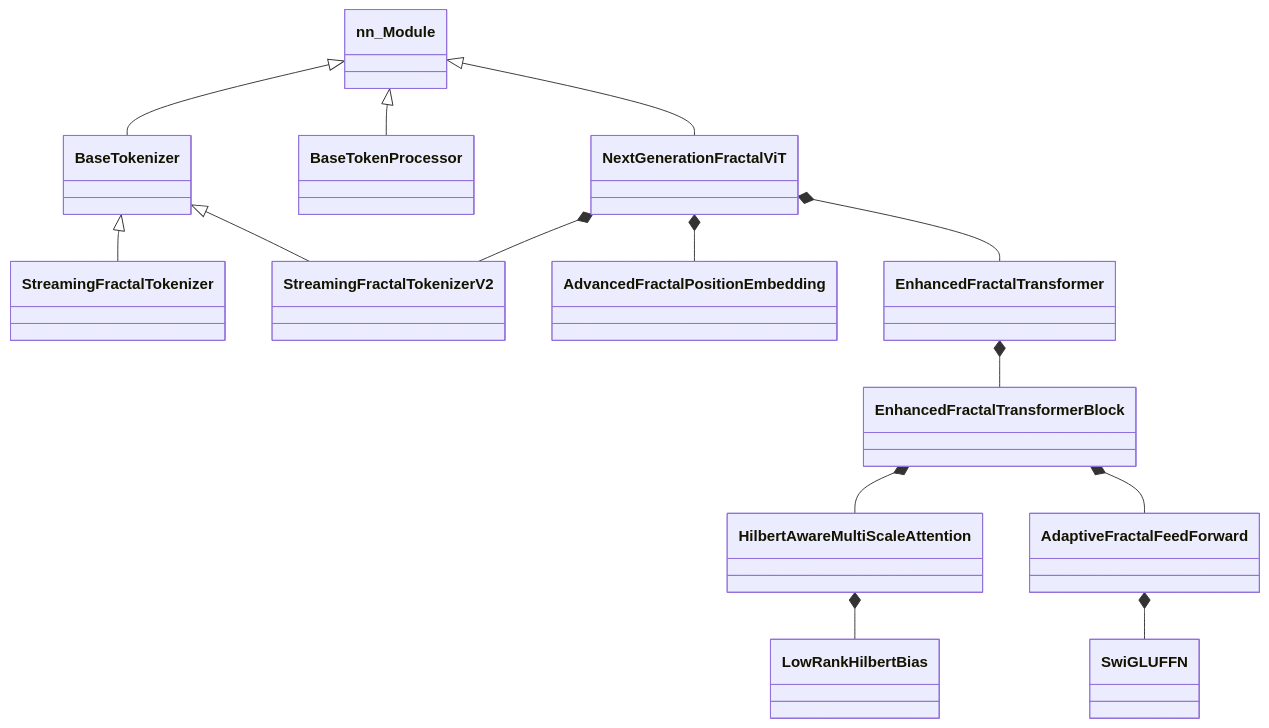
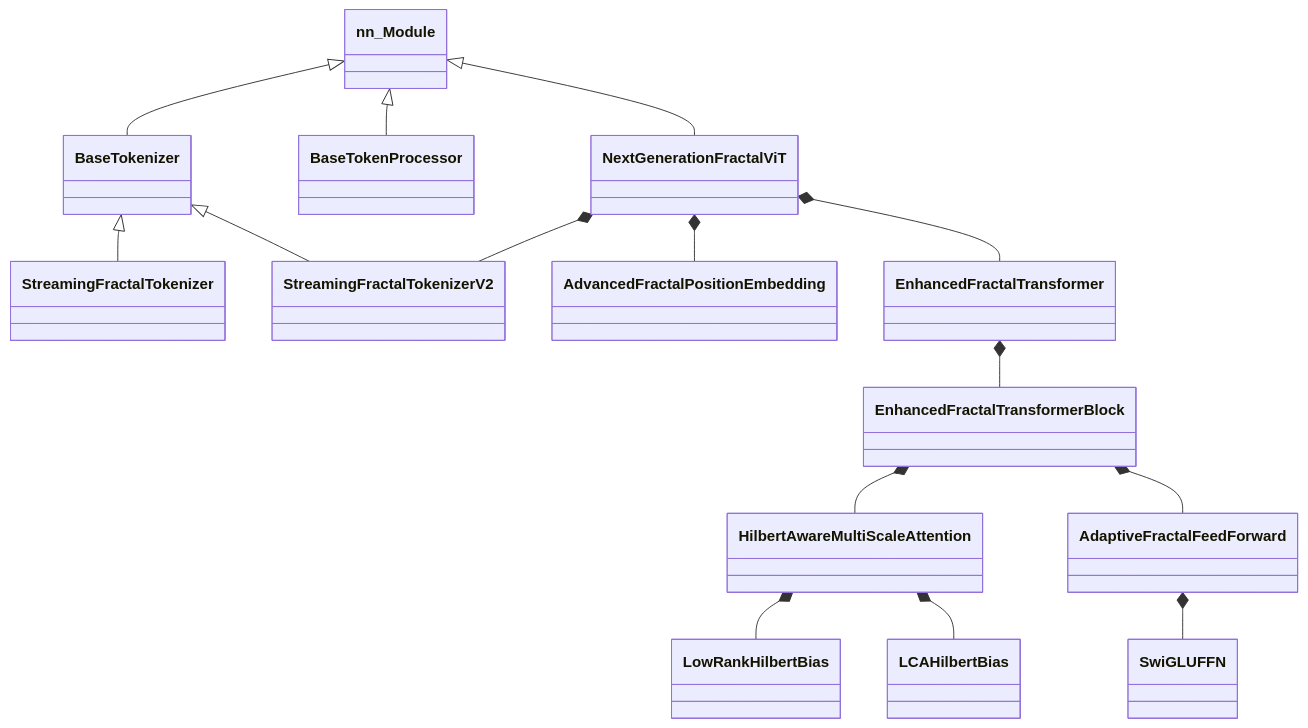
The diagram in documents/appendix.md (LoopyBrainie/fractal-curve-tokenizer), drawn with Mermaid before and after one commit. The commit also changed other lines of this file and 13 other files, not shown here.

````diff
--- a/documents/appendix.md
+++ b/documents/appendix.md
@@ -5,20 +5,21 @@
 ```mermaid
 classDiagram
     nn_Module <|-- BaseTokenizer
     nn_Module <|-- BaseTokenProcessor
     nn_Module <|-- NextGenerationFractalViT
-    
+
     BaseTokenizer <|-- StreamingFractalTokenizer
     BaseTokenizer <|-- StreamingFractalTokenizerV2
-    
+
     NextGenerationFractalViT *-- StreamingFractalTokenizerV2
     NextGenerationFractalViT *-- AdvancedFractalPositionEmbedding
     NextGenerationFractalViT *-- EnhancedFractalTransformer
-    
+
     EnhancedFractalTransformer *-- EnhancedFractalTransformerBlock
     EnhancedFractalTransformerBlock *-- HilbertAwareMultiScaleAttention
     EnhancedFractalTransformerBlock *-- AdaptiveFractalFeedForward
-    
+
     HilbertAwareMultiScaleAttention *-- LowRankHilbertBias
+    HilbertAwareMultiScaleAttention *-- LCAHilbertBias
     AdaptiveFractalFeedForward *-- SwiGLUFFN
 ```
````
